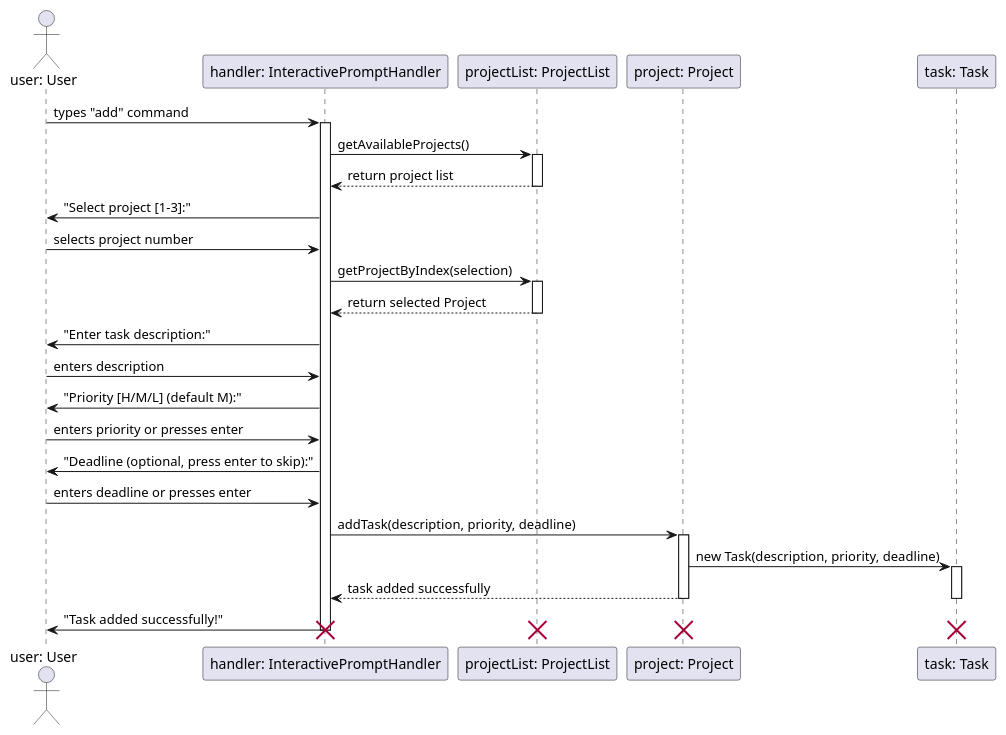
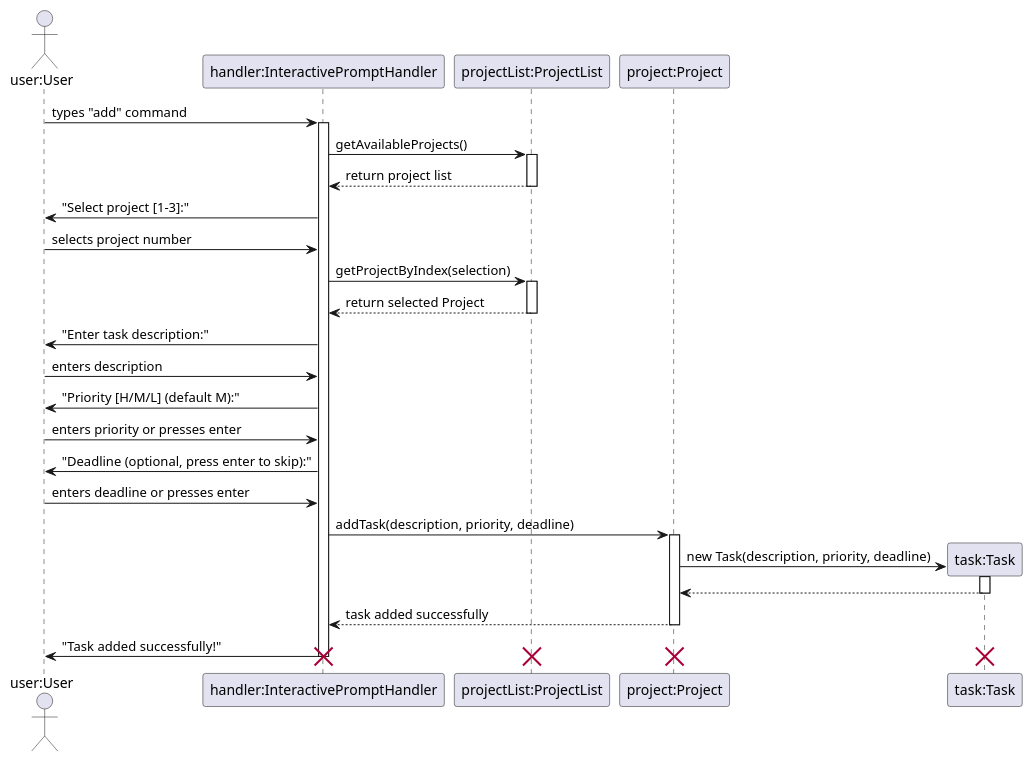
Before and after one commit to sean6369/tp: the diagram in docs/plantUML/add-command-sequence/add-command-sequence-diagram.puml, drawn with PlantUML. The commit also changed 38 other files, not shown here.

First line of the commit message:
Fix sequence diagrams for Yao Xiang's sections

```diff
--- a/docs/plantUML/add-command-sequence/add-command-sequence-diagram.puml
+++ b/docs/plantUML/add-command-sequence/add-command-sequence-diagram.puml
@@ -1,48 +1,50 @@
 @startuml Add Command Sequence Diagram
 
-actor "user: User" as User
-participant "handler: InteractivePromptHandler" as InteractivePromptHandler
-participant "projectList: ProjectList" as ProjectList
-participant "project: Project" as Project
-participant "task: Task" as Task
+actor "user:User" as User
+participant "handler:InteractivePromptHandler" as InteractivePromptHandler
+participant "projectList:ProjectList" as ProjectList
+participant "project:Project" as Project
+participant "task:Task" as Task
 
 User -> InteractivePromptHandler: types "add" command
 activate InteractivePromptHandler
 InteractivePromptHandler -> ProjectList: getAvailableProjects()
 activate ProjectList
 ProjectList --> InteractivePromptHandler: return project list
 deactivate ProjectList
 InteractivePromptHandler -> User: "Select project [1-3]:"
 
 User -> InteractivePromptHandler: selects project number
 InteractivePromptHandler -> ProjectList: getProjectByIndex(selection)
 activate ProjectList
 ProjectList --> InteractivePromptHandler: return selected Project
 deactivate ProjectList
 
 InteractivePromptHandler -> User: "Enter task description:"
 User -> InteractivePromptHandler: enters description
 
 InteractivePromptHandler -> User: "Priority [H/M/L] (default M):"
 User -> InteractivePromptHandler: enters priority or presses enter
 
 InteractivePromptHandler -> User: "Deadline (optional, press enter to skip):"
 User -> InteractivePromptHandler: enters deadline or presses enter
 
 InteractivePromptHandler -> Project: addTask(description, priority, deadline)
 activate Project
+create Task
 Project -> Task: new Task(description, priority, deadline)
 activate Task
+Task --> Project
+deactivate Task
 Project --> InteractivePromptHandler: task added successfully
 deactivate Project
-deactivate Task
 
 InteractivePromptHandler -> User: "Task added successfully!"
 deactivate InteractivePromptHandler
 
+destroy Task
+destroy Project
+destroy ProjectList
 destroy InteractivePromptHandler
-destroy ProjectList
-destroy Project
-destroy Task
 
 @enduml
```
